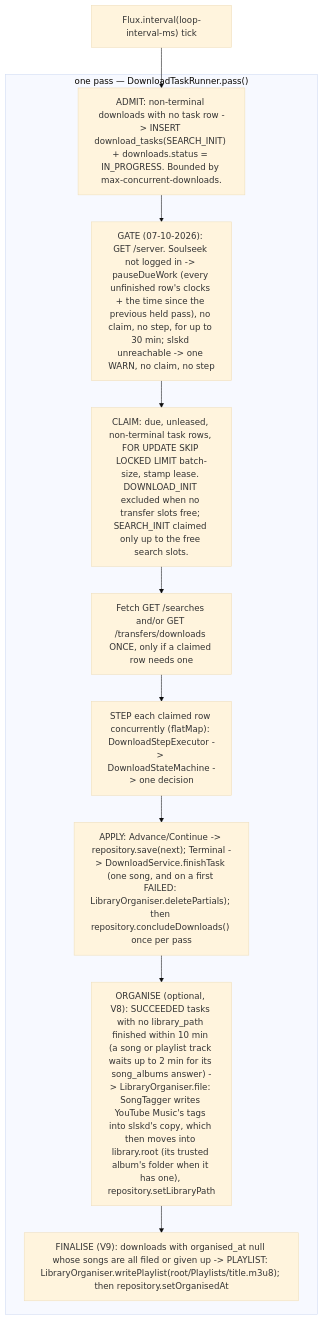
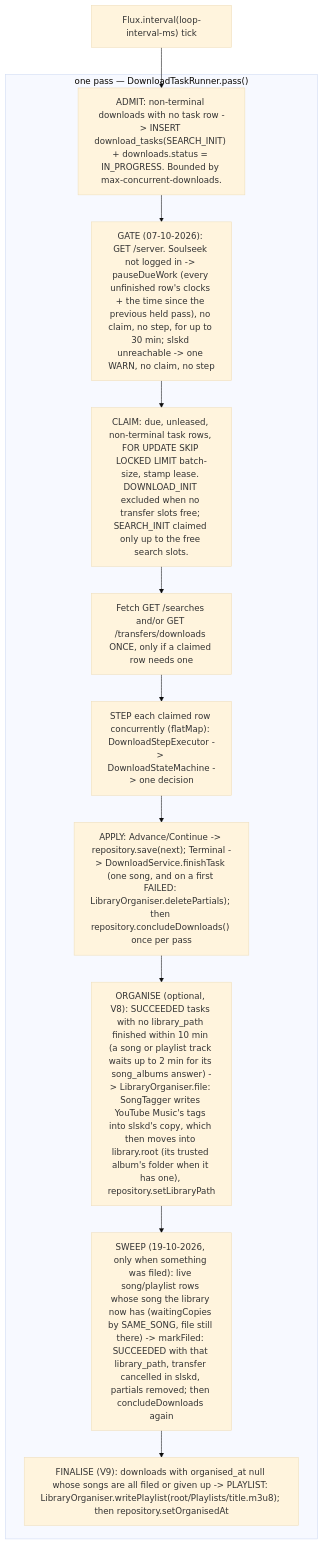
Before and after one commit to catacomb5099/naviseerr: the diagram in docs/architecture/download-manager.md, drawn with Mermaid (base theme). The commit also changed other lines of this file and 6 other files, not shown here.

First line of the commit message:
feat(AI): a song still waiting to search is marked done when its album's copy lands

````diff
--- a/docs/architecture/download-manager.md
+++ b/docs/architecture/download-manager.md
@@ -18,14 +18,15 @@
 ```mermaid
 flowchart TD
     tick["Flux.interval(loop-interval-ms) tick"] --> admit
     subgraph pass ["one pass — DownloadTaskRunner.pass()"]
       admit["ADMIT: non-terminal downloads with no task row -> INSERT download_tasks(SEARCH_INIT) + downloads.status = IN_PROGRESS. Bounded by max-concurrent-downloads."]
       admit --> gate["GATE (07-10-2026): GET /server. Soulseek not logged in -> pauseDueWork (every unfinished row's clocks + the time since the previous held pass), no claim, no step, for up to 30 min; slskd unreachable -> one WARN, no claim, no step"]
       gate --> claim["CLAIM: due, unleased, non-terminal task rows, FOR UPDATE SKIP LOCKED LIMIT batch-size, stamp lease. DOWNLOAD_INIT excluded when no transfer slots free; SEARCH_INIT claimed only up to the free search slots."]
       claim --> fetch["Fetch GET /searches and/or GET /transfers/downloads ONCE, only if a claimed row needs one"]
       fetch --> step["STEP each claimed row concurrently (flatMap): DownloadStepExecutor -> DownloadStateMachine -> one decision"]
       step --> apply["APPLY: Advance/Continue -> repository.save(next); Terminal -> DownloadService.finishTask (one song, and on a first FAILED: LibraryOrganiser.deletePartials); then repository.concludeDownloads() once per pass"]
       apply --> organise["ORGANISE (optional, V8): SUCCEEDED tasks with no library_path finished within 10 min (a song or playlist track waits up to 2 min for its song_albums answer) -> LibraryOrganiser.file: SongTagger writes YouTube Music's tags into slskd's copy, which then moves into library.root (its trusted album's folder when it has one), repository.setLibraryPath"]
-      organise --> finalise["FINALISE (V9): downloads with organised_at null whose songs are all filed or given up -> PLAYLIST: LibraryOrganiser.writePlaylist(root/Playlists/title.m3u8); then repository.setOrganisedAt"]
+      organise --> sweep["SWEEP (19-10-2026, only when something was filed): live song/playlist rows whose song the library now has (waitingCopies by SAME_SONG, file still there) -> markFiled: SUCCEEDED with that library_path, transfer cancelled in slskd, partials removed; then concludeDownloads again"]
+      sweep --> finalise["FINALISE (V9): downloads with organised_at null whose songs are all filed or given up -> PLAYLIST: LibraryOrganiser.writePlaylist(root/Playlists/title.m3u8); then repository.setOrganisedAt"]
     end
 ```
````
